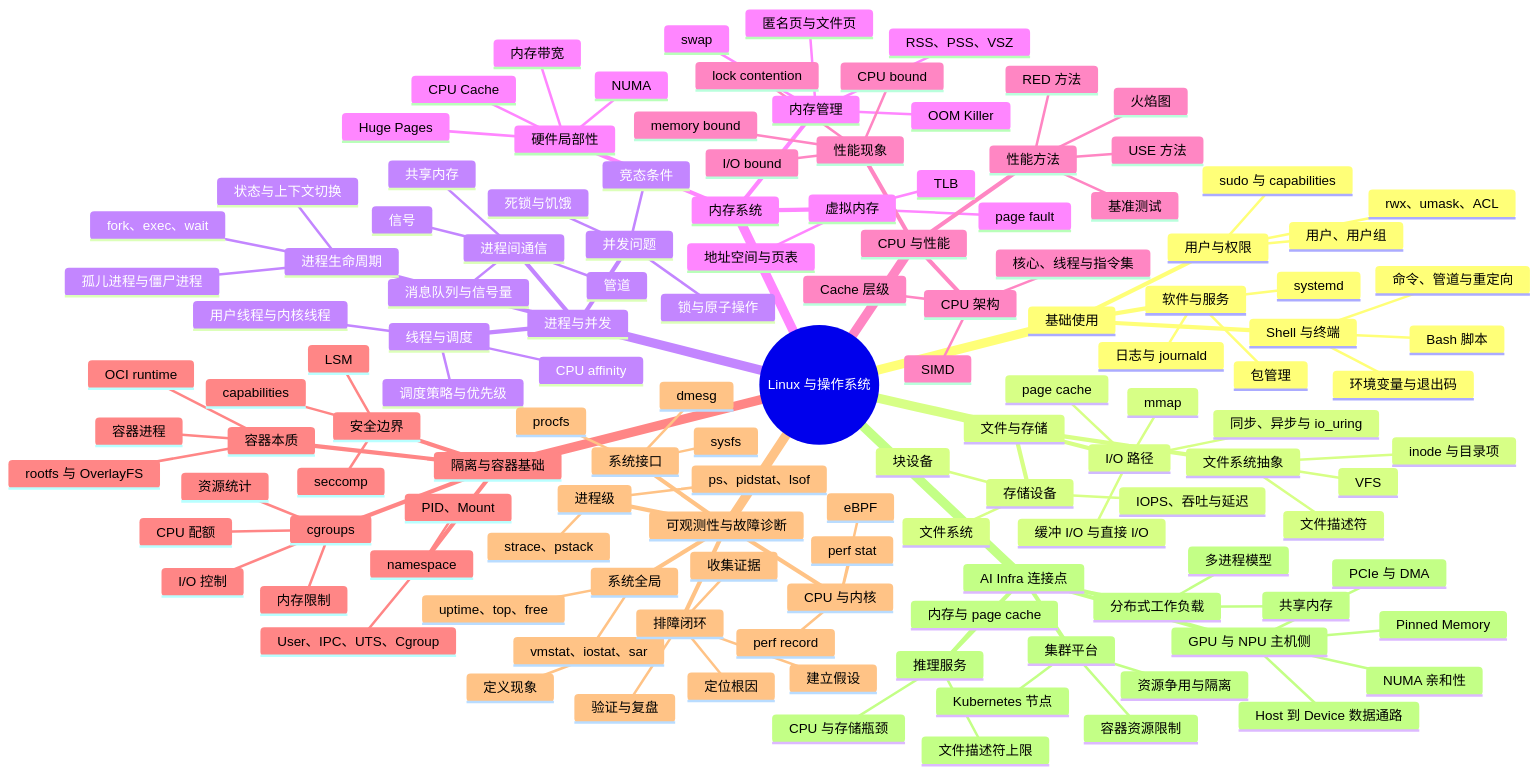
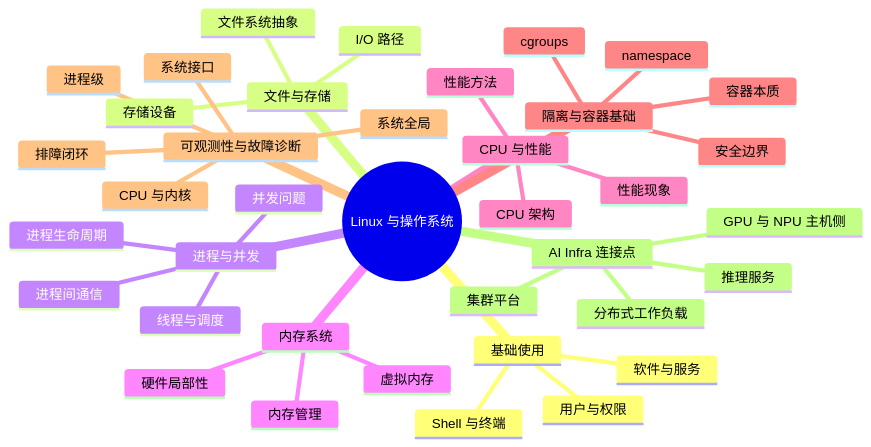
The diagram in Knowledge/阶段0-系统与工程基础/Linux操作系统/知识地图.mmd (Zynb518/AI-Infra-Knowledge-Base), drawn with Mermaid before and after one commit. The commit also changed 6 other files, not shown here.

Commit message:
补充 Linux 基础使用笔记并更新知识地图

```diff
--- a/Knowledge/阶段0-系统与工程基础/Linux操作系统/知识地图.mmd
+++ b/Knowledge/阶段0-系统与工程基础/Linux操作系统/知识地图.mmd
@@ -1,136 +1,43 @@
 ---
 config:
   layout: tidy-tree
 ---
 mindmap
   root((Linux 与操作系统))
     基础使用
       Shell 与终端
-        命令、管道与重定向
-        环境变量与退出码
-        Bash 脚本
       用户与权限
-        用户、用户组
-        rwx、umask、ACL
-        sudo 与 capabilities
       软件与服务
-        包管理
-        systemd
-        日志与 journald
     文件与存储
       文件系统抽象
-        inode 与目录项
-        文件描述符
-        VFS
       I/O 路径
-        缓冲 I/O 与直接 I/O
-        page cache
-        mmap
-        同步、异步与 io_uring
       存储设备
-        块设备
-        文件系统
-        IOPS、吞吐与延迟
     进程与并发
       进程生命周期
-        fork、exec、wait
-        状态与上下文切换
-        孤儿进程与僵尸进程
       线程与调度
-        用户线程与内核线程
-        调度策略与优先级
-        CPU affinity
       进程间通信
-        信号
-        管道
-        共享内存
-        消息队列与信号量
       并发问题
-        竞态条件
-        锁与原子操作
-        死锁与饥饿
     内存系统
       虚拟内存
-        地址空间与页表
-        TLB
-        page fault
       内存管理
-        匿名页与文件页
-        RSS、PSS、VSZ
-        swap
-        OOM Killer
       硬件局部性
-        CPU Cache
-        NUMA
-        Huge Pages
-        内存带宽
     CPU 与性能
       CPU 架构
-        核心、线程与指令集
-        Cache 层级
-        SIMD
       性能现象
-        CPU bound
-        memory bound
-        I/O bound
-        lock contention
       性能方法
-        USE 方法
-        RED 方法
-        基准测试
-        火焰图
     隔离与容器基础
       namespace
-        PID、Mount
-        User、IPC、UTS、Cgroup
       cgroups
-        CPU 配额
-        内存限制
-        I/O 控制
-        资源统计
       容器本质
-        rootfs 与 OverlayFS
-        容器进程
-        OCI runtime
       安全边界
-        capabilities
-        seccomp
-        LSM
     可观测性与故障诊断
       系统全局
-        uptime、top、free
-        vmstat、iostat、sar
       进程级
-        ps、pidstat、lsof
-        strace、pstack
       CPU 与内核
-        perf stat
-        perf record
-        eBPF
       系统接口
-        procfs
-        sysfs
-        dmesg
       排障闭环
-        定义现象
-        建立假设
-        收集证据
-        定位根因
-        验证与复盘
     AI Infra 连接点
       GPU 与 NPU 主机侧
-        PCIe 与 DMA
-        Pinned Memory
-        NUMA 亲和性
-        Host 到 Device 数据通路
       分布式工作负载
-        多进程模型
-        共享内存
       推理服务
-        文件描述符上限
-        内存与 page cache
-        CPU 与存储瓶颈
       集群平台
-        容器资源限制
-        Kubernetes 节点
-        资源争用与隔离
```
